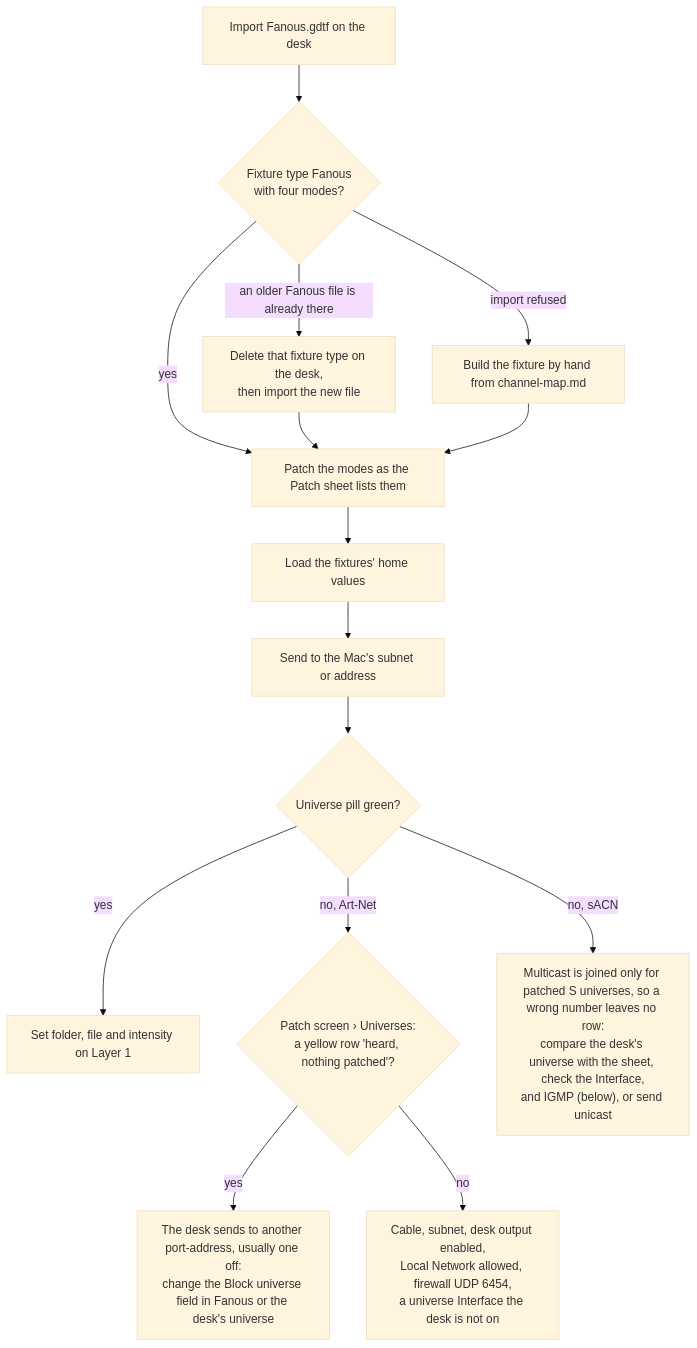
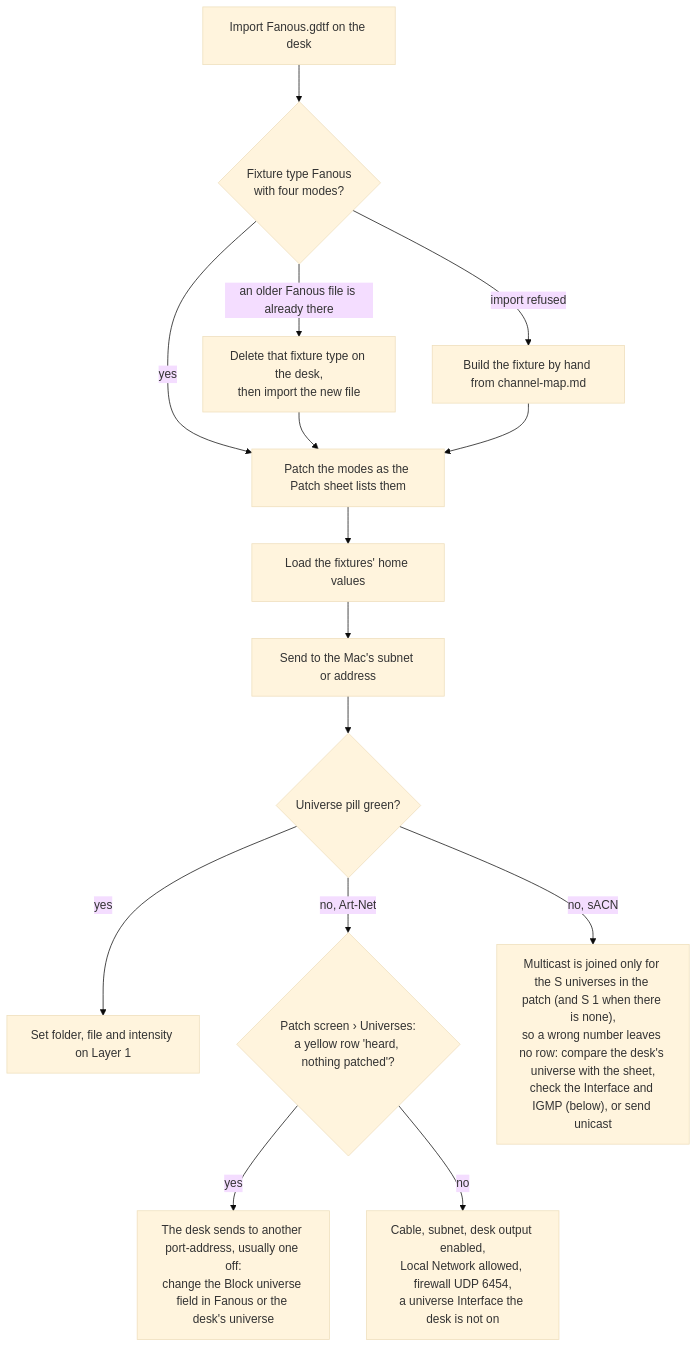
One commit to Timdebruijn/fanous changed the first of 5 diagrams in docs/user/console-setup.md. Above: the diagram before and after it, drawn with Mermaid (base theme). The commit also changed other lines of this file and 3 other files, not shown here.

````diff
--- a/docs/user/console-setup.md
+++ b/docs/user/console-setup.md
@@ -146,14 +146,14 @@
 ```mermaid
 flowchart TD
   gdtf["Import Fanous.gdtf on the desk"] --> ok{"Fixture type Fanous<br>with four modes?"}
   ok -- yes --> patch["Patch the modes as the Patch sheet lists them"]
   ok -- "an older Fanous file is already there" --> again["Delete that fixture type on the desk,<br>then import the new file"] --> patch
   ok -- "import refused" --> hand["Build the fixture by hand from channel-map.md"] --> patch
   patch --> home["Load the fixtures' home values"] --> send["Send to the Mac's subnet or address"]
   send --> pill{"Universe pill green?"}
   pill -- yes --> done["Set folder, file and intensity on Layer 1"]
   pill -- "no, Art-Net" --> arow{"Patch screen › Universes:<br>a yellow row 'heard, nothing patched'?"}
   arow -- yes --> off["The desk sends to another port-address, usually one off:<br>change the Block universe field in Fanous or the desk's universe"]
   arow -- no --> net["Cable, subnet, desk output enabled,<br>Local Network allowed, firewall UDP 6454,<br>a universe Interface the desk is not on"]
-  pill -- "no, sACN" --> snum["Multicast is joined only for patched S universes, so a wrong number leaves no row:<br>compare the desk's universe with the sheet, check the Interface,<br>and IGMP (below), or send unicast"]
+  pill -- "no, sACN" --> snum["Multicast is joined only for the S universes in the patch (and S 1 when there is none),<br>so a wrong number leaves no row: compare the desk's universe with the sheet,<br>check the Interface and IGMP (below), or send unicast"]
 ```
````
